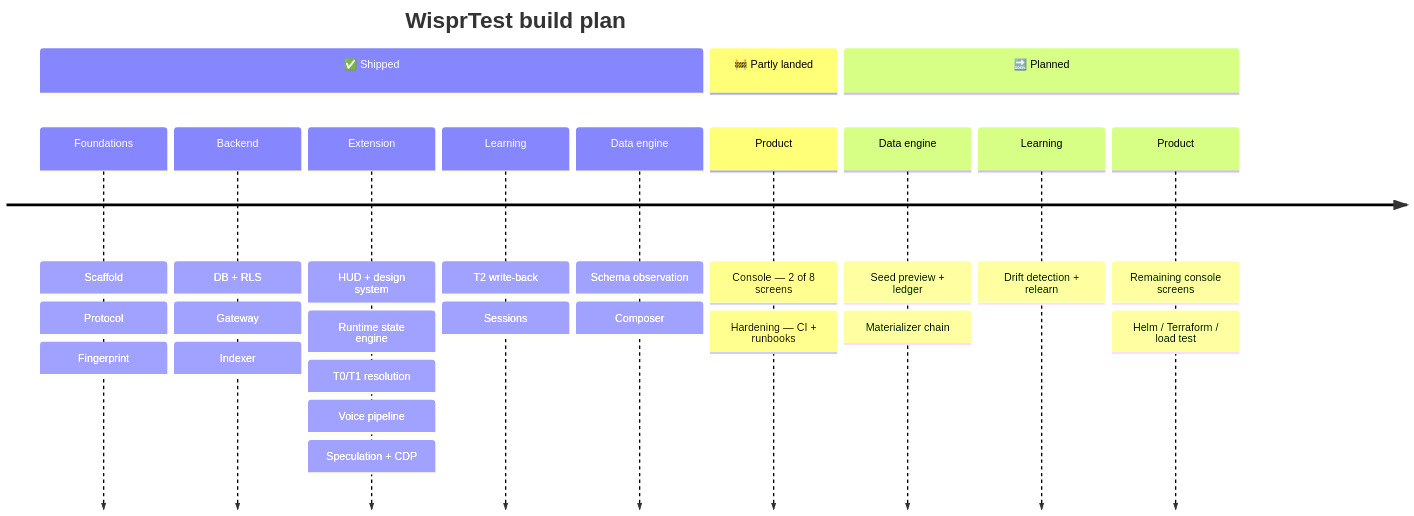
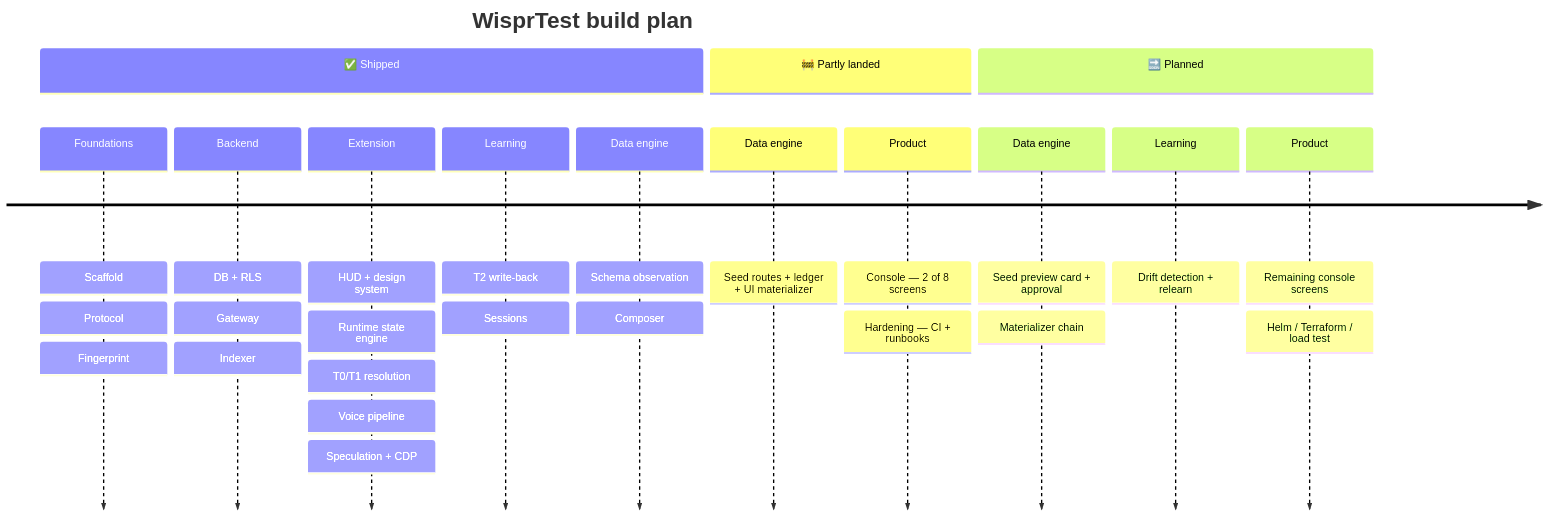
The sixth of 6 diagrams in README.md (Rkcr007/wisprtest), drawn with Mermaid before and after one commit. The commit also changed other lines of this file and 1 other file, not shown here.

````diff
--- a/README.md
+++ b/README.md
@@ -342,16 +344,17 @@
 ```mermaid
 timeline
     title WisprTest build plan
     section ✅ Shipped
         Foundations : Scaffold : Protocol : Fingerprint
         Backend : DB + RLS : Gateway : Indexer
         Extension : HUD + design system : Runtime state engine : T0/T1 resolution : Voice pipeline : Speculation + CDP
         Learning : T2 write-back : Sessions
         Data engine : Schema observation : Composer
     section 🚧 Partly landed
+        Data engine : Seed routes + ledger + UI materializer
         Product : Console — 2 of 8 screens : Hardening — CI + runbooks
     section 🔜 Planned
-        Data engine : Seed preview + ledger : Materializer chain
+        Data engine : Seed preview card + approval : Materializer chain
         Learning : Drift detection + relearn
         Product : Remaining console screens : Helm / Terraform / load test
 ```
````
